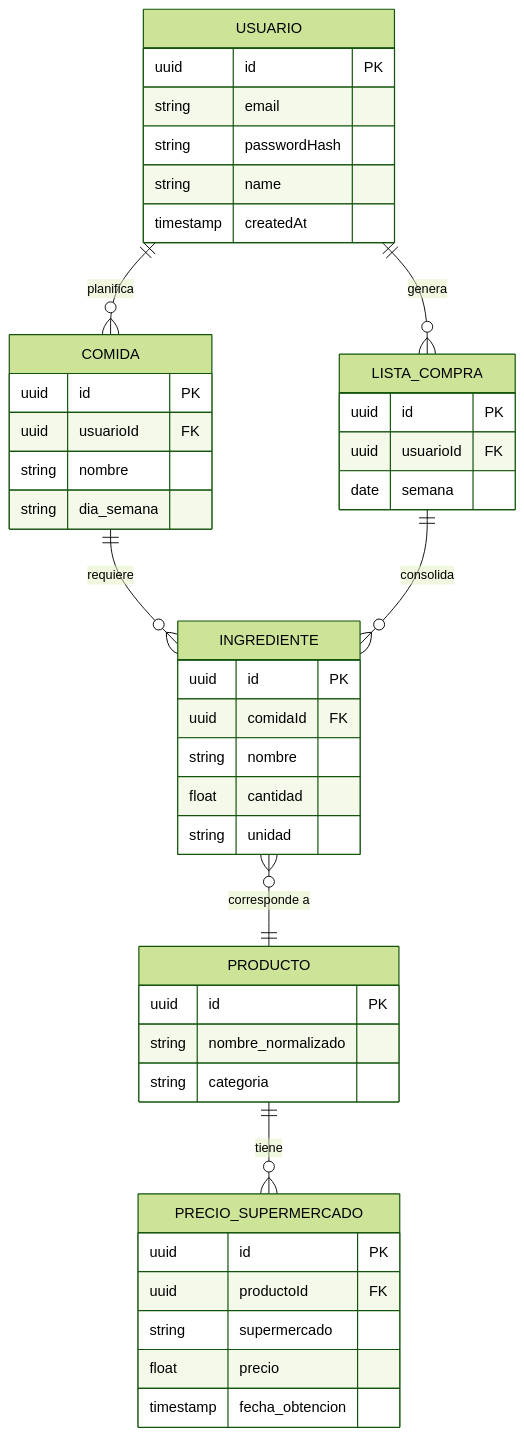
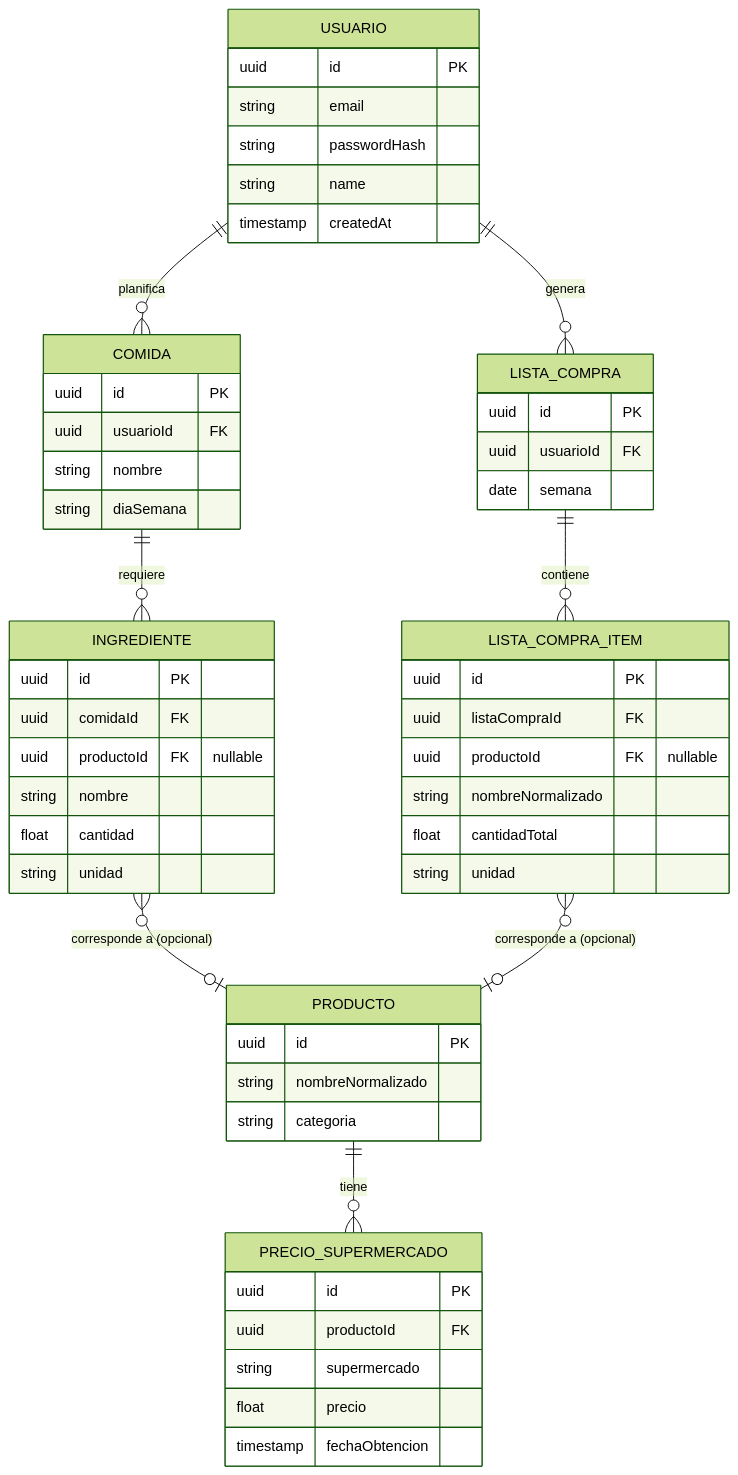
The first of 2 diagrams in docs/database.md (JanHH16/MenuSmart), drawn with Mermaid (forest theme) before and after one commit. The commit also changed other lines of this file and 11 other files, not shown here.

````diff
--- a/docs/database.md
+++ b/docs/database.md
@@ -9,47 +9,57 @@
 ```mermaid
 erDiagram
     USUARIO ||--o{ COMIDA : "planifica"
     COMIDA ||--o{ INGREDIENTE : "requiere"
-    INGREDIENTE }o--|| PRODUCTO : "corresponde a"
+    INGREDIENTE }o--o| PRODUCTO : "corresponde a (opcional)"
     PRODUCTO ||--o{ PRECIO_SUPERMERCADO : "tiene"
     USUARIO ||--o{ LISTA_COMPRA : "genera"
-    LISTA_COMPRA ||--o{ INGREDIENTE : "consolida"
+    LISTA_COMPRA ||--o{ LISTA_COMPRA_ITEM : "contiene"
+    LISTA_COMPRA_ITEM }o--o| PRODUCTO : "corresponde a (opcional)"
 
     USUARIO {
         uuid id PK
         string email
         string passwordHash
         string name
         timestamp createdAt
     }
     COMIDA {
         uuid id PK
         uuid usuarioId FK
         string nombre
-        string dia_semana
+        string diaSemana
     }
     INGREDIENTE {
         uuid id PK
         uuid comidaId FK
+        uuid productoId FK "nullable"
         string nombre
         float cantidad
         string unidad
     }
     PRODUCTO {
         uuid id PK
-        string nombre_normalizado
+        string nombreNormalizado
         string categoria
     }
     PRECIO_SUPERMERCADO {
         uuid id PK
         uuid productoId FK
         string supermercado
         float precio
-        timestamp fecha_obtencion
+        timestamp fechaObtencion
     }
     LISTA_COMPRA {
         uuid id PK
         uuid usuarioId FK
         date semana
     }
+    LISTA_COMPRA_ITEM {
+        uuid id PK
+        uuid listaCompraId FK
+        uuid productoId FK "nullable"
+        string nombreNormalizado
+        float cantidadTotal
+        string unidad
+    }
 ```
````
